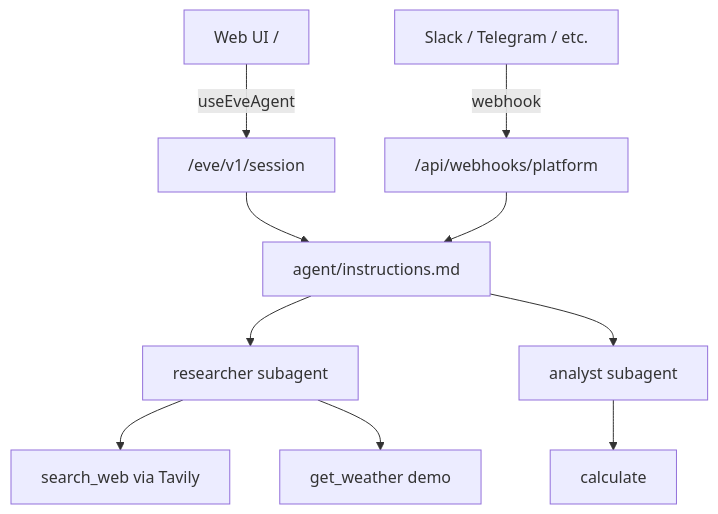
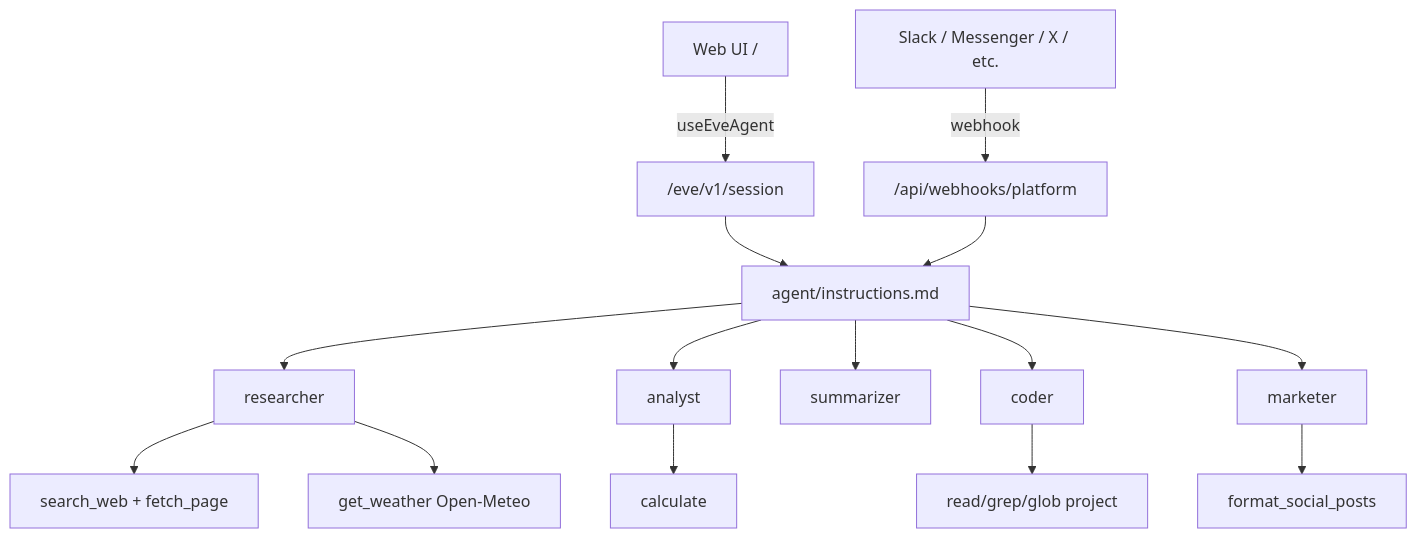
Before and after one commit to NickW0x/basic-ai-agent: the diagram in README.md, drawn with Mermaid. The commit also changed other lines of this file and 87 other files, not shown here.

````diff
--- a/README.md
+++ b/README.md
@@ -43,12 +43,17 @@
 ```mermaid
 flowchart TD
   WebUI["Web UI /"] -->|useEveAgent| EveHTTP["/eve/v1/session"]
-  Slack["Slack / Telegram / etc."] -->|webhook| ChatSDK["/api/webhooks/platform"]
+  Platforms["Slack / Messenger / X / etc."] -->|webhook| ChatSDK["/api/webhooks/platform"]
   EveHTTP --> Orchestrator["agent/instructions.md"]
   ChatSDK --> Orchestrator
-  Orchestrator --> Researcher["researcher subagent"]
-  Orchestrator --> Analyst["analyst subagent"]
-  Researcher --> Tavily["search_web via Tavily"]
-  Researcher --> WeatherDemo["get_weather demo"]
+  Orchestrator --> Researcher["researcher"]
+  Orchestrator --> Analyst["analyst"]
+  Orchestrator --> Summarizer["summarizer"]
+  Orchestrator --> Coder["coder"]
+  Orchestrator --> Marketer["marketer"]
+  Researcher --> Tavily["search_web + fetch_page"]
+  Researcher --> Weather["get_weather Open-Meteo"]
   Analyst --> Calc["calculate"]
+  Coder --> Repo["read/grep/glob project"]
+  Marketer --> Copy["format_social_posts"]
 ```
````
